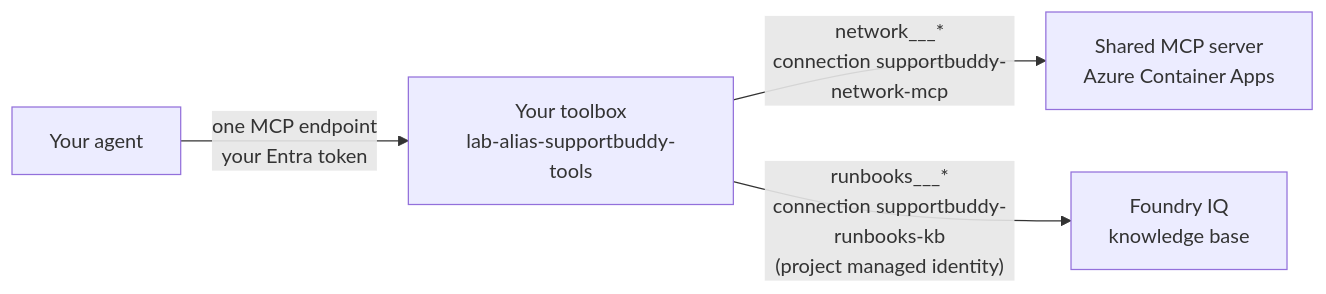
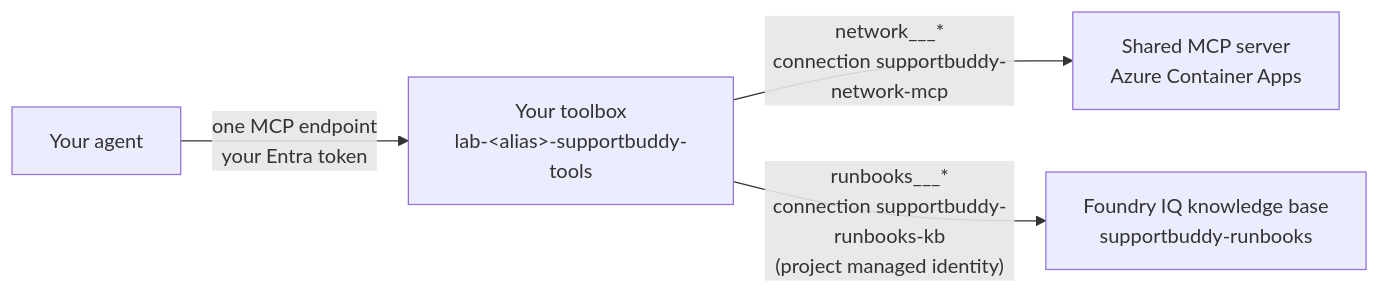
The seventh of 8 diagrams in docs/workshop.md (jamelachahbar/foundryagents-workshop-supportbuddy), drawn with Mermaid before and after one commit. The commit also changed other lines of this file and 9 other files, not shown here.

First line of the commit message:
Clarify Foundry knowledge and toolbox workshop guidance

````diff
--- a/docs/workshop.md
+++ b/docs/workshop.md
@@ -1477,6 +1702,6 @@
 ```mermaid
 flowchart LR
-    A[Your agent] -- "one MCP endpoint<br/>your Entra token" --> T["Your toolbox<br/>lab-alias-supportbuddy-tools"]
+    A[Your agent] -- "one MCP endpoint<br/>your Entra token" --> T["Your toolbox<br/>lab-&lt;alias&gt;-supportbuddy-tools"]
     T -- "network___*<br/>connection supportbuddy-network-mcp" --> N["Shared MCP server<br/>Azure Container Apps"]
-    T -- "runbooks___*<br/>connection supportbuddy-runbooks-kb<br/>(project managed identity)" --> K["Foundry IQ<br/>knowledge base"]
+    T -- "runbooks___*<br/>connection supportbuddy-runbooks-kb<br/>(project managed identity)" --> K["Foundry IQ knowledge base<br/>supportbuddy-runbooks"]
 ```
````
